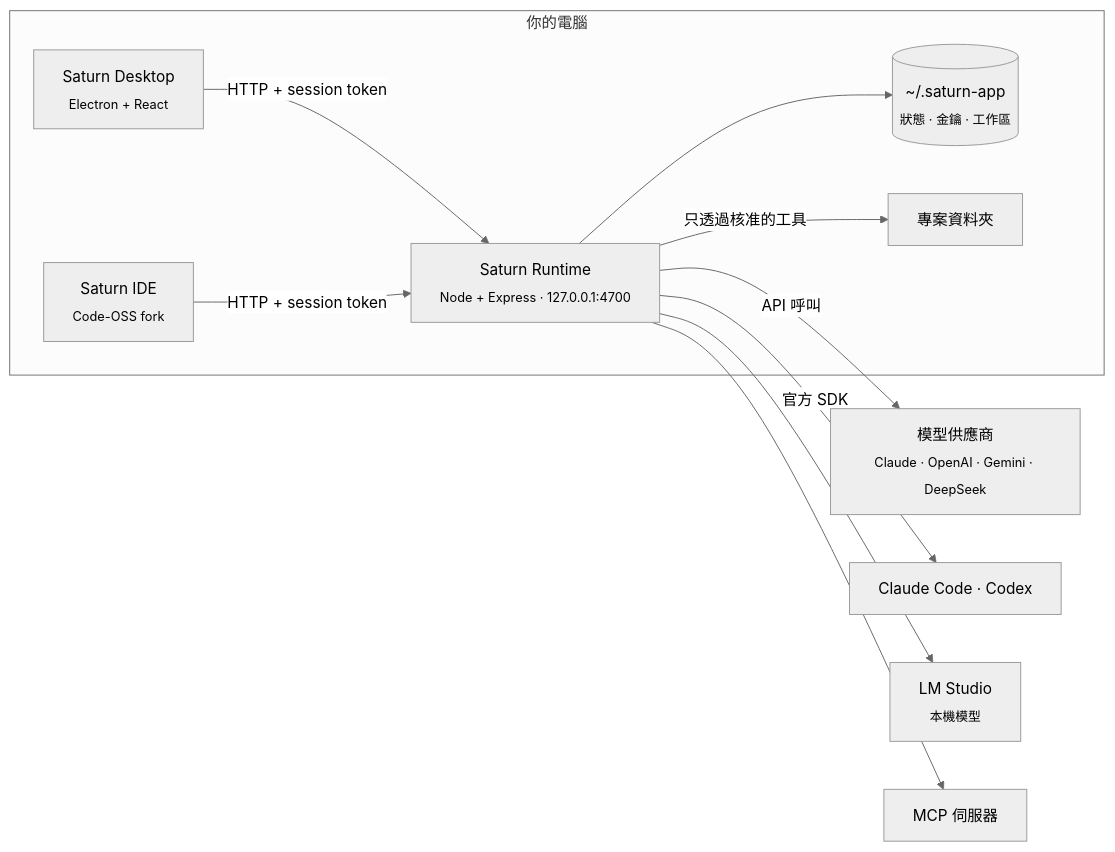
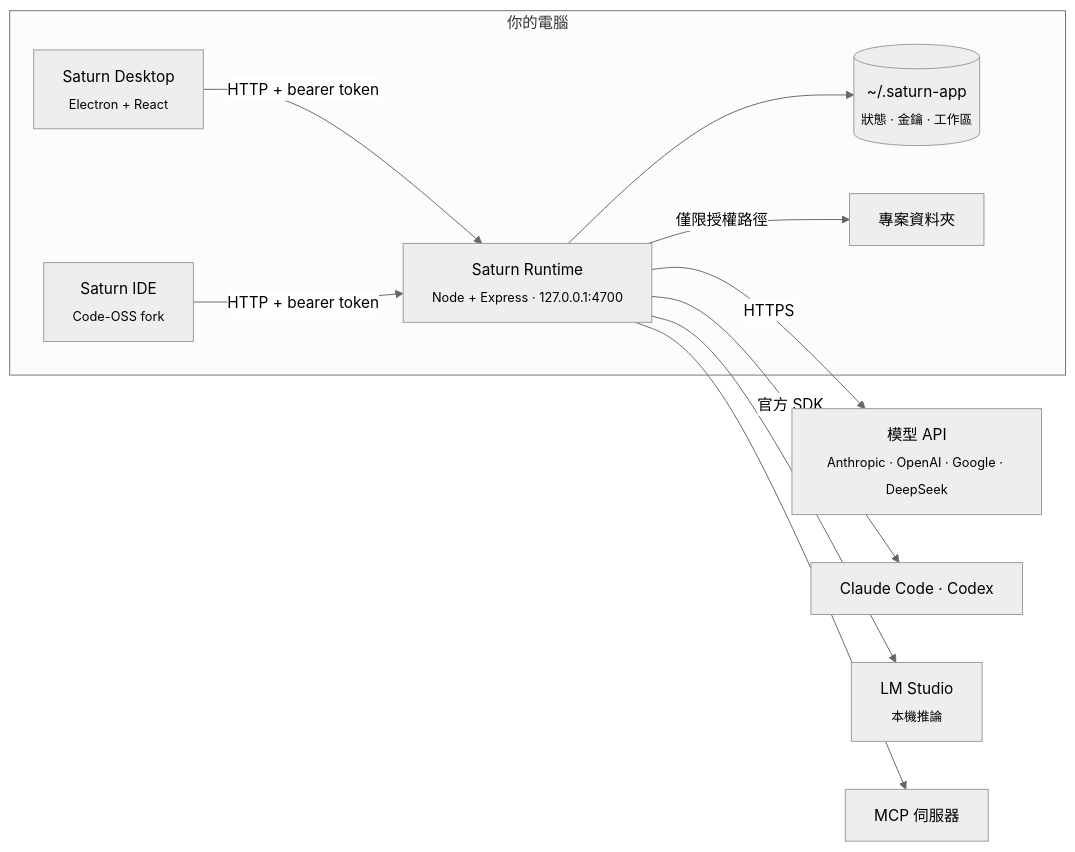
One commit to Saturn-Technology-Project/Saturn-App changed the diagram in README_ZH.md. Above: the diagram before and after it, drawn with Mermaid (neutral theme). The commit also changed other lines of this file and 1 other file, not shown here.

````diff
--- a/README_ZH.md
+++ b/README_ZH.md
@@ -114,18 +120,18 @@
 ```mermaid
 flowchart LR
   subgraph Machine["你的電腦"]
     D["Saturn Desktop<br/><sub>Electron + React</sub>"]
     I["Saturn IDE<br/><sub>Code-OSS fork</sub>"]
     R["Saturn Runtime<br/><sub>Node + Express · 127.0.0.1:4700</sub>"]
     S[("~/.saturn-app<br/><sub>狀態 · 金鑰 · 工作區</sub>")]
     P["專案資料夾"]
-    D -- "HTTP + session token" --> R
-    I -- "HTTP + session token" --> R
+    D -- "HTTP + bearer token" --> R
+    I -- "HTTP + bearer token" --> R
     R --> S
-    R -- "只透過核准的工具" --> P
+    R -- "僅限授權路徑" --> P
   end
-  R -- "API 呼叫" --> M["模型供應商<br/><sub>Claude · OpenAI · Gemini · DeepSeek</sub>"]
+  R -- "HTTPS" --> M["模型 API<br/><sub>Anthropic · OpenAI · Google · DeepSeek</sub>"]
   R -- "官方 SDK" --> C["Claude Code · Codex"]
-  R --> L["LM Studio<br/><sub>本機模型</sub>"]
+  R --> L["LM Studio<br/><sub>本機推論</sub>"]
   R --> X["MCP 伺服器"]
 ```
````
